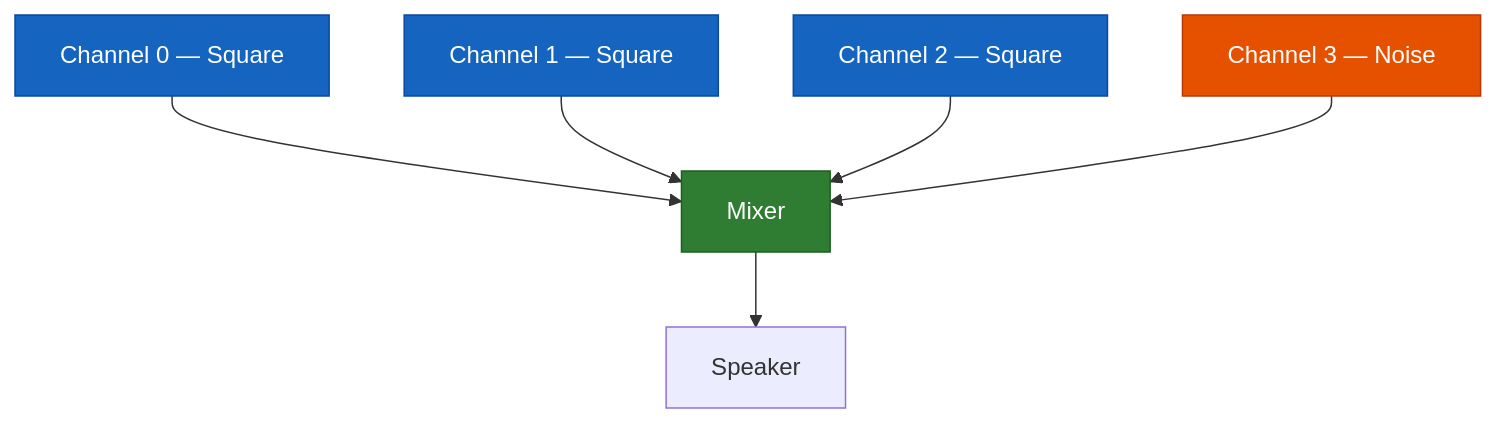
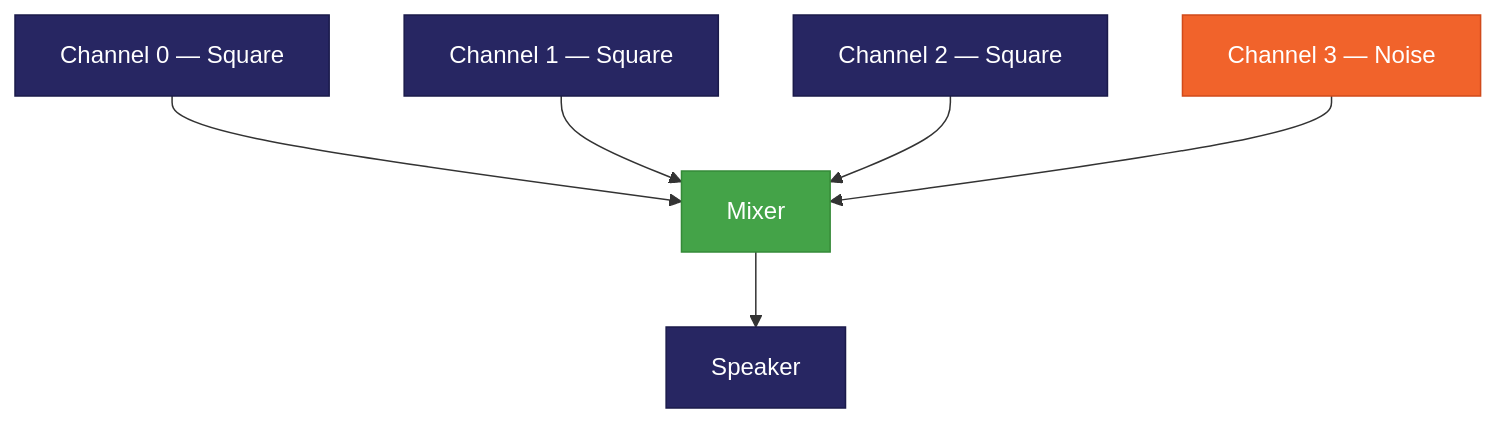
The diagram in sphinx-docs/guide/sound.md (FoenixRetro/f256-superbasic), drawn with Mermaid before and after one commit. The commit also changed 13 other files, not shown here.

````diff
--- a/sphinx-docs/guide/sound.md
+++ b/sphinx-docs/guide/sound.md
@@ -13,14 +13,12 @@
 ```{mermaid}
 flowchart TD
-    CH0["Channel 0 — Square"] --> MIX["Mixer"]
-    CH1["Channel 1 — Square"] --> MIX
-    CH2["Channel 2 — Square"] --> MIX
-    CH3["Channel 3 — Noise"] --> MIX
-    MIX --> SPK["Speaker"]
+    classDef primary fill:#272662,color:#fff,stroke:#1a1a4a
+    classDef secondary fill:#F1632B,color:#fff,stroke:#d14a1a
+    classDef accent fill:#44A348,color:#fff,stroke:#358a38
 
-    style CH0 fill:#1565c0,color:#fff,stroke:#0d47a1
-    style CH1 fill:#1565c0,color:#fff,stroke:#0d47a1
-    style CH2 fill:#1565c0,color:#fff,stroke:#0d47a1
-    style CH3 fill:#e65100,color:#fff,stroke:#bf360c
-    style MIX fill:#2e7d32,color:#fff,stroke:#1b5e20
+    CH0["Channel 0 — Square"]:::primary --> MIX["Mixer"]:::accent
+    CH1["Channel 1 — Square"]:::primary --> MIX
+    CH2["Channel 2 — Square"]:::primary --> MIX
+    CH3["Channel 3 — Noise"]:::secondary --> MIX
+    MIX --> SPK["Speaker"]:::primary
 ```
````
